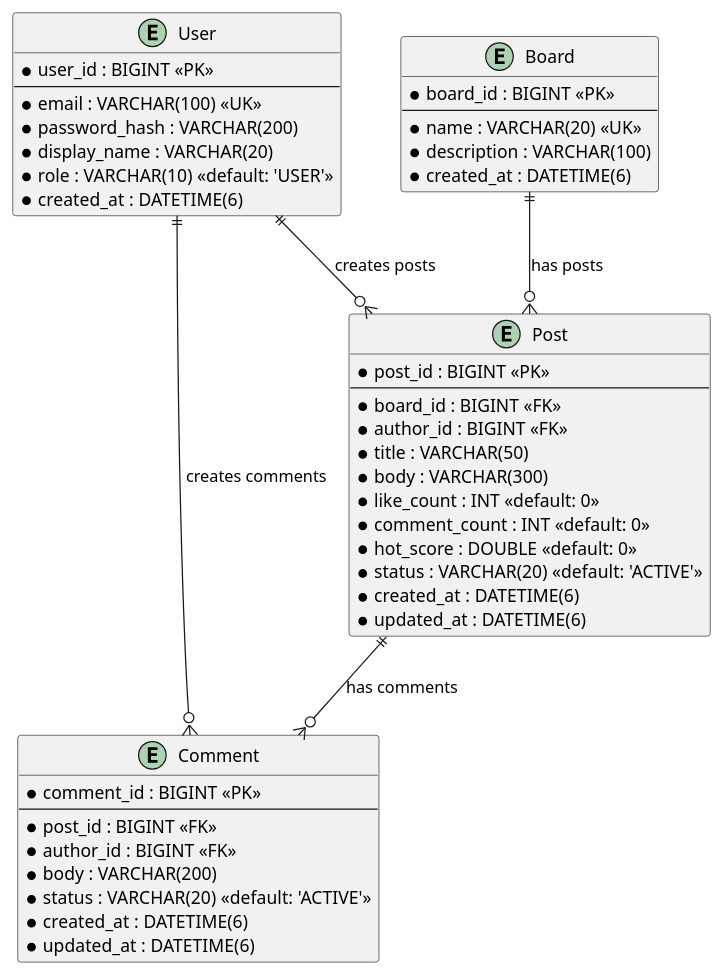
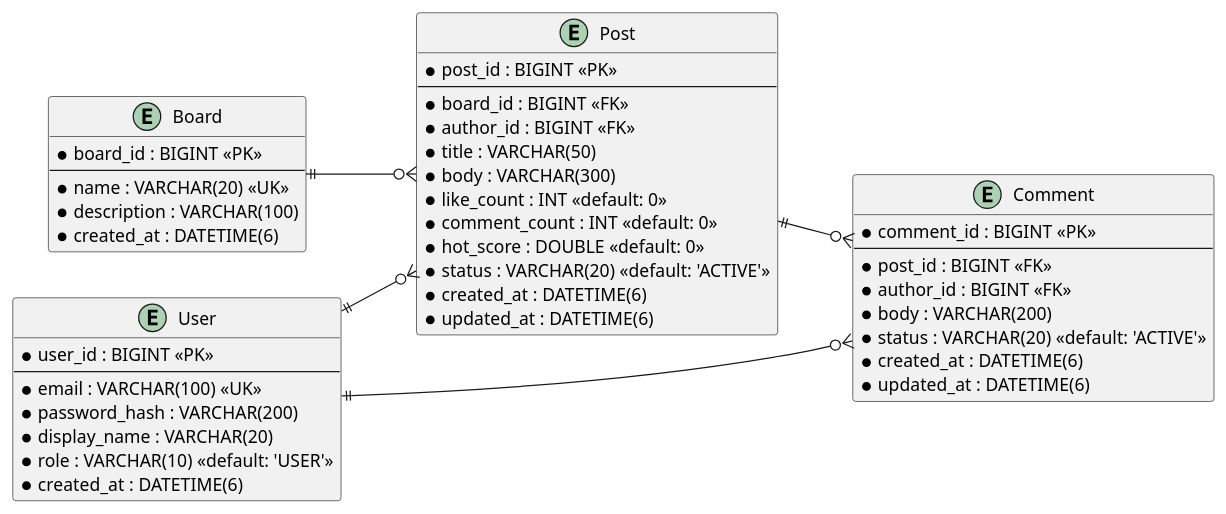
One commit to honeykokia/dcard-lite changed the diagram in docs/db/er-map.puml. Above: the diagram before and after it, drawn with PlantUML.

Commit message:
docs(db): 修正er-map 關聯註解 (讓map簡潔)

```diff
--- a/docs/db/er-map.puml
+++ b/docs/db/er-map.puml
@@ -1,50 +1,51 @@
 @startuml
+left to right direction
 entity "User" as User {
   * user_id : BIGINT <<PK>>
   --
   * email : VARCHAR(100) <<UK>>
   * password_hash : VARCHAR(200)
   * display_name : VARCHAR(20)
   * role : VARCHAR(10) <<default: 'USER'>>
   * created_at : DATETIME(6)
 }
 
 entity "Board" as Board {
   * board_id : BIGINT <<PK>>
   --
   * name : VARCHAR(20) <<UK>>
   * description : VARCHAR(100)
   * created_at : DATETIME(6)
 }
 
 entity "Post" as Post {
   * post_id : BIGINT <<PK>>
   --
   * board_id : BIGINT <<FK>>
   * author_id : BIGINT <<FK>>
   * title : VARCHAR(50)
   * body : VARCHAR(300)
   * like_count : INT <<default: 0>>
   * comment_count : INT <<default: 0>>
   * hot_score : DOUBLE <<default: 0>>
   * status : VARCHAR(20) <<default: 'ACTIVE'>>
   * created_at : DATETIME(6)
   * updated_at : DATETIME(6)
 }
 
 entity "Comment" as Comment {
   * comment_id : BIGINT <<PK>>
   --
   * post_id : BIGINT <<FK>>
   * author_id : BIGINT <<FK>>
   * body : VARCHAR(200)
   * status : VARCHAR(20) <<default: 'ACTIVE'>>
   * created_at : DATETIME(6)
   * updated_at : DATETIME(6)
 }
 
-Board ||--o{ Post : "has posts"
-User ||--o{ Post : "creates posts"
-Post ||--o{ Comment : "has comments"
-User ||--o{ Comment : "creates comments"
+Board ||--o{ Post
+User ||--o{ Post
+Post ||--o{ Comment
+User ||--o{ Comment
 @enduml
```
